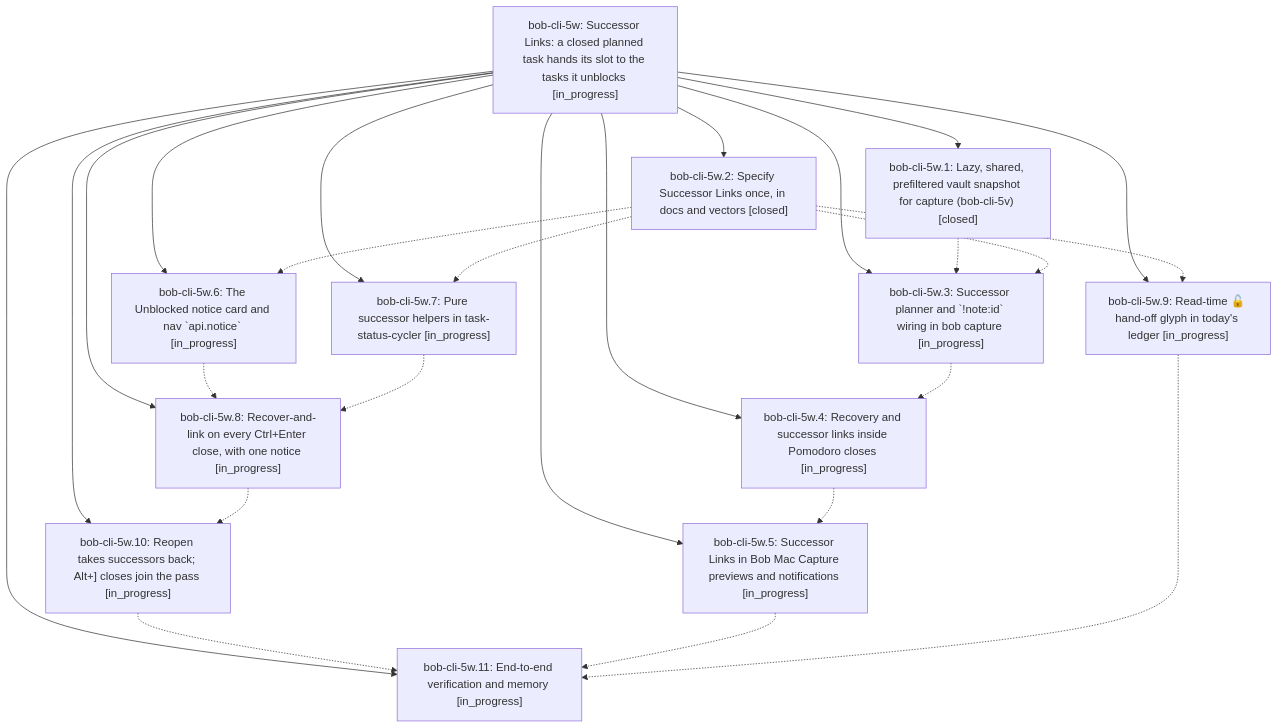
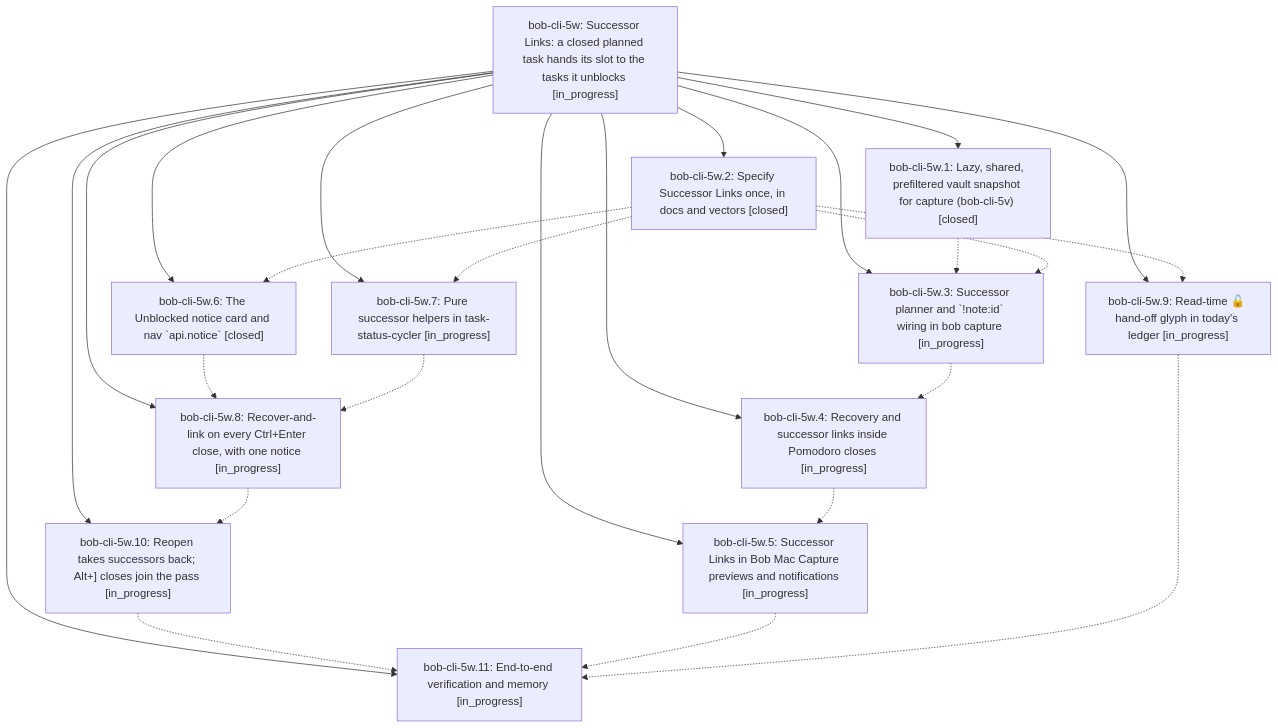
One commit to bobs-org/bob-cli--beads changed the diagram in pages/bob-cli-5w/README.md. Above: the diagram before and after it, drawn with Mermaid. The commit also changed other lines of this file and 4 other files, not shown here.

First line of the commit message:
chore(beads): sync bead state and pages for bob-cli-5w

````diff
--- a/pages/bob-cli-5w/README.md
+++ b/pages/bob-cli-5w/README.md
@@ -46,39 +46,39 @@
 ```mermaid
 flowchart TD
     n0["bob-cli-5w: Successor Links: a closed planned task hands its slot to the tasks it unblocks [in_progress]"]
     n1["bob-cli-5w.1: Lazy, shared, prefiltered vault snapshot for capture (bob-cli-5v) [closed]"]
     n2["bob-cli-5w.10: Reopen takes successors back; Alt+] closes join the pass [in_progress]"]
     n3["bob-cli-5w.11: End-to-end verification and memory [in_progress]"]
     n4["bob-cli-5w.2: Specify Successor Links once, in docs and vectors [closed]"]
     n5["bob-cli-5w.3: Successor planner and `!note:id` wiring in bob capture [in_progress]"]
     n6["bob-cli-5w.4: Recovery and successor links inside Pomodoro closes [in_progress]"]
     n7["bob-cli-5w.5: Successor Links in Bob Mac Capture previews and notifications [in_progress]"]
-    n8["bob-cli-5w.6: The Unblocked notice card and nav `api.notice` [in_progress]"]
+    n8["bob-cli-5w.6: The Unblocked notice card and nav `api.notice` [closed]"]
     n9["bob-cli-5w.7: Pure successor helpers in task-status-cycler [in_progress]"]
     n10["bob-cli-5w.8: Recover-and-link on every Ctrl+Enter close, with one notice [in_progress]"]
     n11["bob-cli-5w.9: Read-time 🔓 hand-off glyph in today's ledger [in_progress]"]
     n0 --> n1
     n0 --> n2
     n0 --> n3
     n0 --> n4
     n0 --> n5
     n0 --> n6
     n0 --> n7
     n0 --> n8
     n0 --> n9
     n0 --> n10
     n0 --> n11
     n1 -.-> n5
     n2 -.-> n3
     n4 -.-> n5
     n4 -.-> n8
     n4 -.-> n9
     n4 -.-> n11
     n5 -.-> n6
     n6 -.-> n7
     n7 -.-> n3
     n8 -.-> n10
     n9 -.-> n10
     n10 -.-> n2
     n11 -.-> n3
 ```
````
